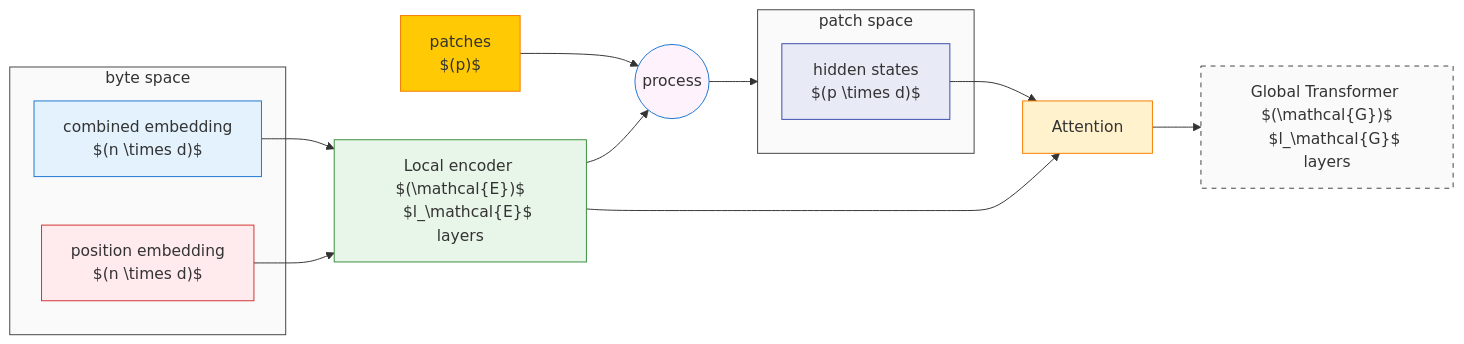
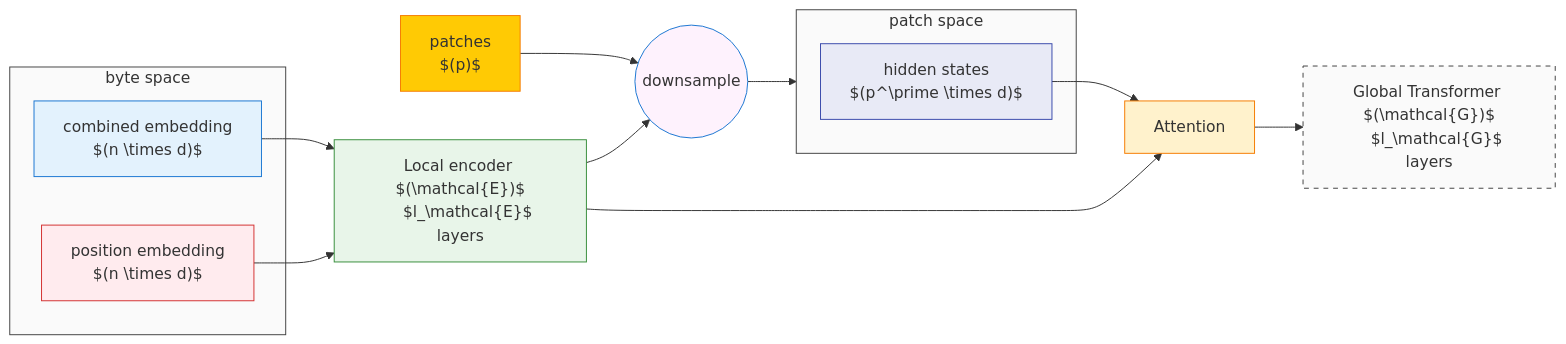
The third of 4 diagrams in blogger/content/blog/genai/inputs-to-byte-latent-transformer.md (sagarsrc/sagarsarkale.com), drawn with Mermaid before and after one commit. The commit also changed other lines of this file, not shown here.

```diff
--- a/blogger/content/blog/genai/inputs-to-byte-latent-transformer.md
+++ b/blogger/content/blog/genai/inputs-to-byte-latent-transformer.md
@@ -374,50 +373,50 @@
 {{<mermaid>}}
 graph LR
     subgraph byte_space[byte space]
         CE["combined embedding
         $(n \times d)$"]
         R["position embedding
         $(n \times d)$"]
 
 
         style CE fill:#E3F2FD,stroke:#1976D2
         style R fill:#FFEBEE,stroke:#D32F2F
     end
     P["patches
     $(p)$"]
 
-    C((process))
-    style C fill:#feF2FD,stroke:#1976D2
+    C((downsample))
 
 
     LE["Local encoder $(\mathcal{E})$
     $l_\mathcal{E}$ layers
     "]
 
     subgraph patch_space[patch space]
         HS["hidden states
-        $(p \times d)$"]
+        $(p^\prime \times d)$"]
     end
     AT["Attention"]
     GT["Global Transformer $(\mathcal{G})$
     $l_\mathcal{G}$ layers
     "]
 
     CE --> LE
     R --> LE
     P --> C
     LE --> C
     C --> patch_space
     LE --> AT
     HS --> AT
     AT --> GT
 
     style LE fill:#E8F5E9,stroke:#388E3C
     style P fill:#ffca04,stroke:#F57C00
+    style C fill:#feF2FD,stroke:#1976D2
     style byte_space fill:#FAFAFA,stroke:#424242
     style patch_space fill:#FAFAFA,stroke:#424242
     style HS fill:#E8EAF6,stroke:#3949AB
     style AT fill:#FFF2CC,stroke:#F57C00
     style GT fill:#FAFAFA,stroke:#424242,stroke-dasharray: 5 5
 
 {{</mermaid>}}
```
